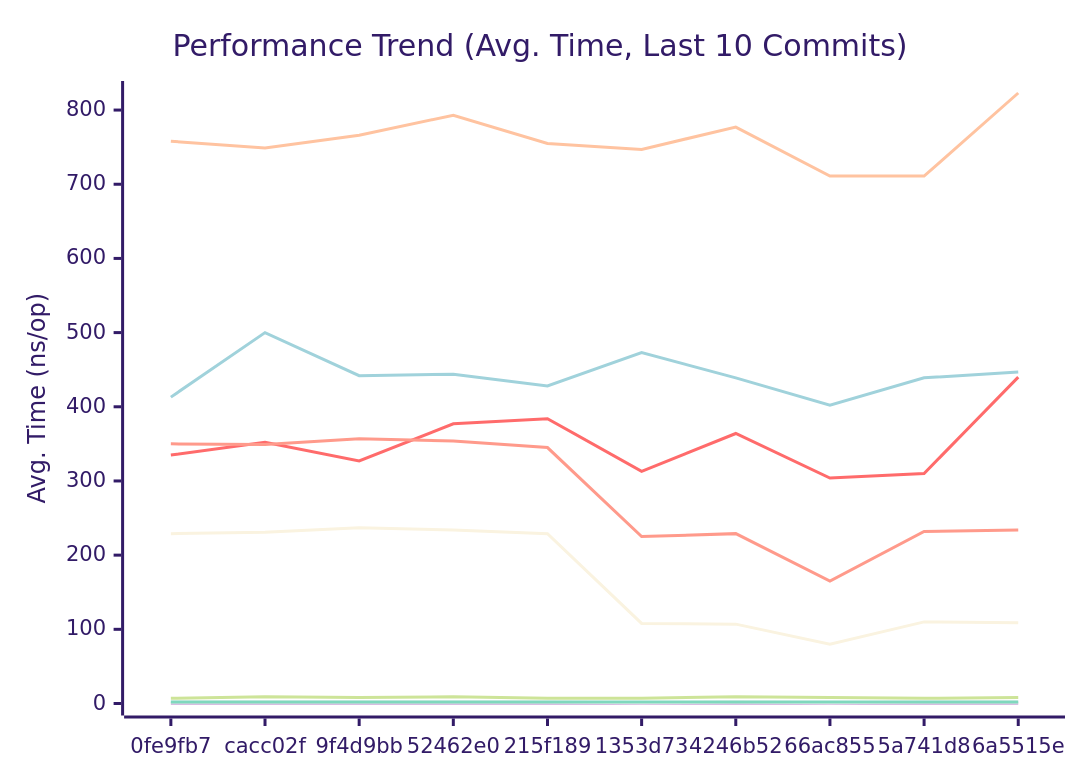
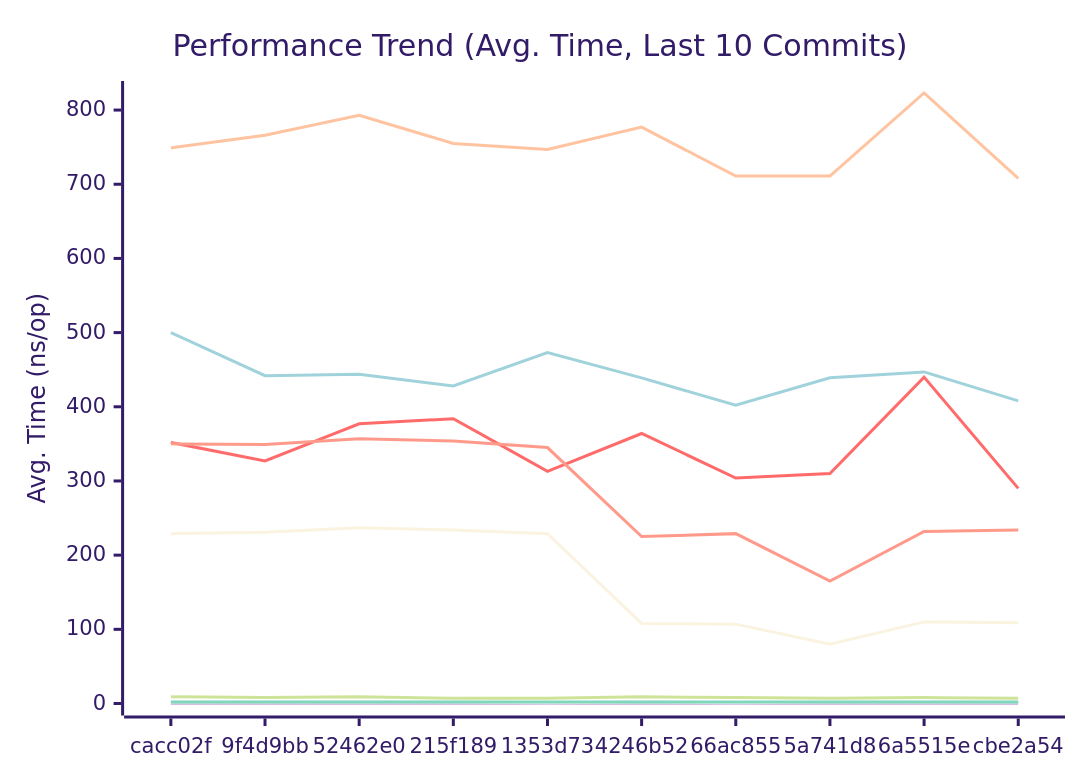
The first of 3 diagrams in docs/PERFORMANCE.md (alsotoes/momo), drawn with Mermaid (forest theme) before and after one commit. The commit also changed other lines of this file and 2 other files, not shown here.

````diff
--- a/docs/PERFORMANCE.md
+++ b/docs/PERFORMANCE.md
@@ -80,16 +80,16 @@
 ```mermaid
 xychart-beta
     title "Performance Trend (Avg. Time, Last 10 Commits)"
     x-axis "Commit"
     y-axis "Avg. Time (ns/op)"
-    x-axis [0fe9fb7,cacc02f,9f4d9bb,52462e0,215f189,1353d73,4246b52,66ac855,5a741d8,6a5515e]
-    line "CheckMetricsAndSwap" [7,9,8,9,7,7,9,8,7,8]
-    line "CrushOptimized" [335,352,327,377,384,313,364,304,310,440]
-    line "CrushOriginal" [413,500,442,444,428,473,439,402,439,447]
+    x-axis [cacc02f,9f4d9bb,52462e0,215f189,1353d73,4246b52,66ac855,5a741d8,6a5515e,cbe2a54]
+    line "CheckMetricsAndSwap" [9,8,9,7,7,9,8,7,8,7]
+    line "CrushOptimized" [352,327,377,384,313,364,304,310,440,290]
+    line "CrushOriginal" [500,442,444,428,473,439,402,439,447,408]
     line "IndexDirectTracking" [0,0,0,0,0,0,0,0,0,0]
-    line "IndexSearch" [2,2,2,2,2,1,2,1,2,2]
-    line "LoadGlobalConfig" [758,749,766,793,755,747,777,711,711,823]
+    line "IndexSearch" [2,2,2,2,1,2,1,2,2,2]
+    line "LoadGlobalConfig" [749,766,793,755,747,777,711,711,823,708]
     line "PadString" [2,2,2,2,2,2,2,2,2,2]
     line "ParseReplicationOrder_NoPrealloc" [350,349,357,354,345,225,229,165,232,234]
     line "ParseReplicationOrder_Prealloc" [229,231,237,234,229,108,107,80,110,109]
 ```
````
